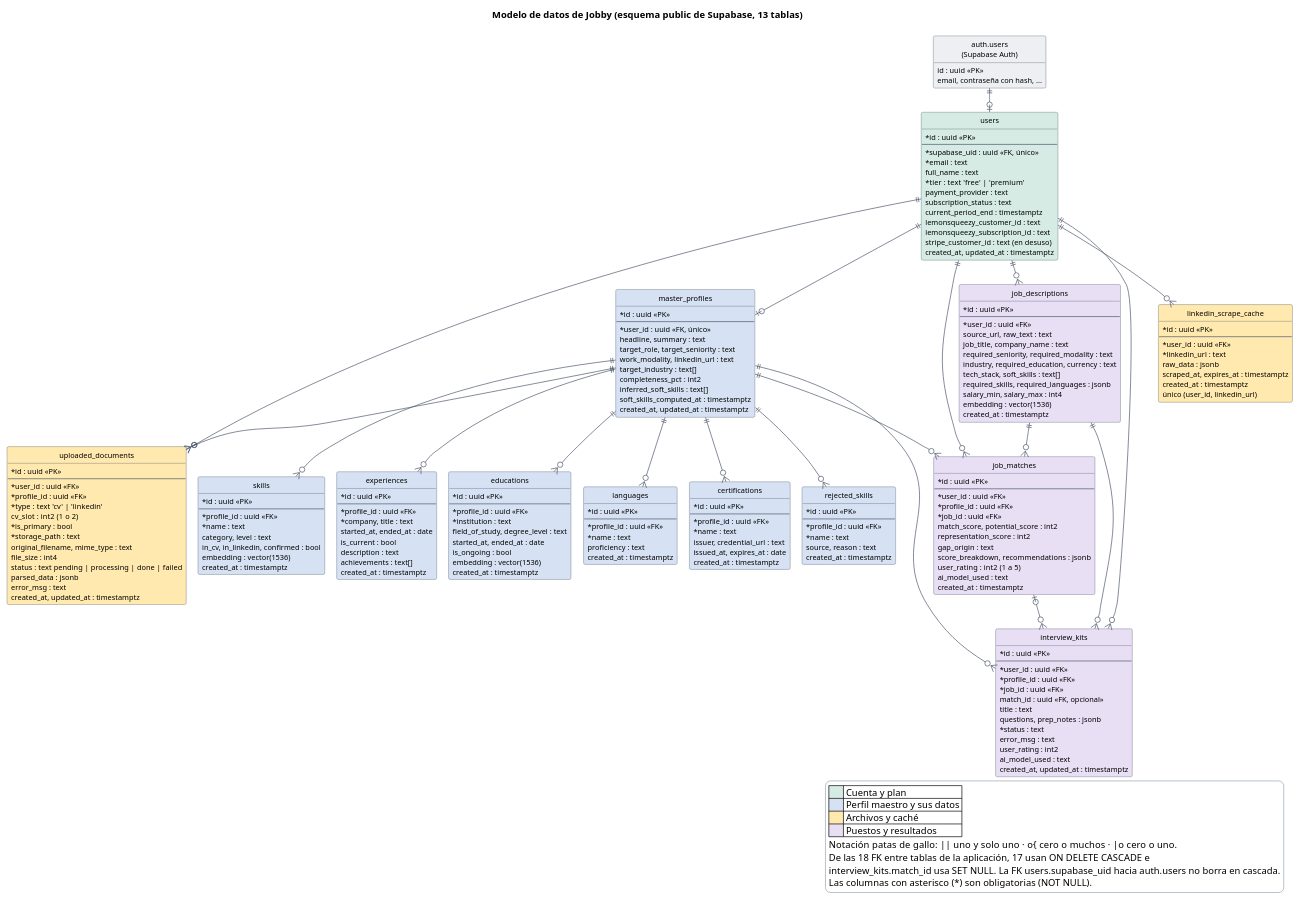
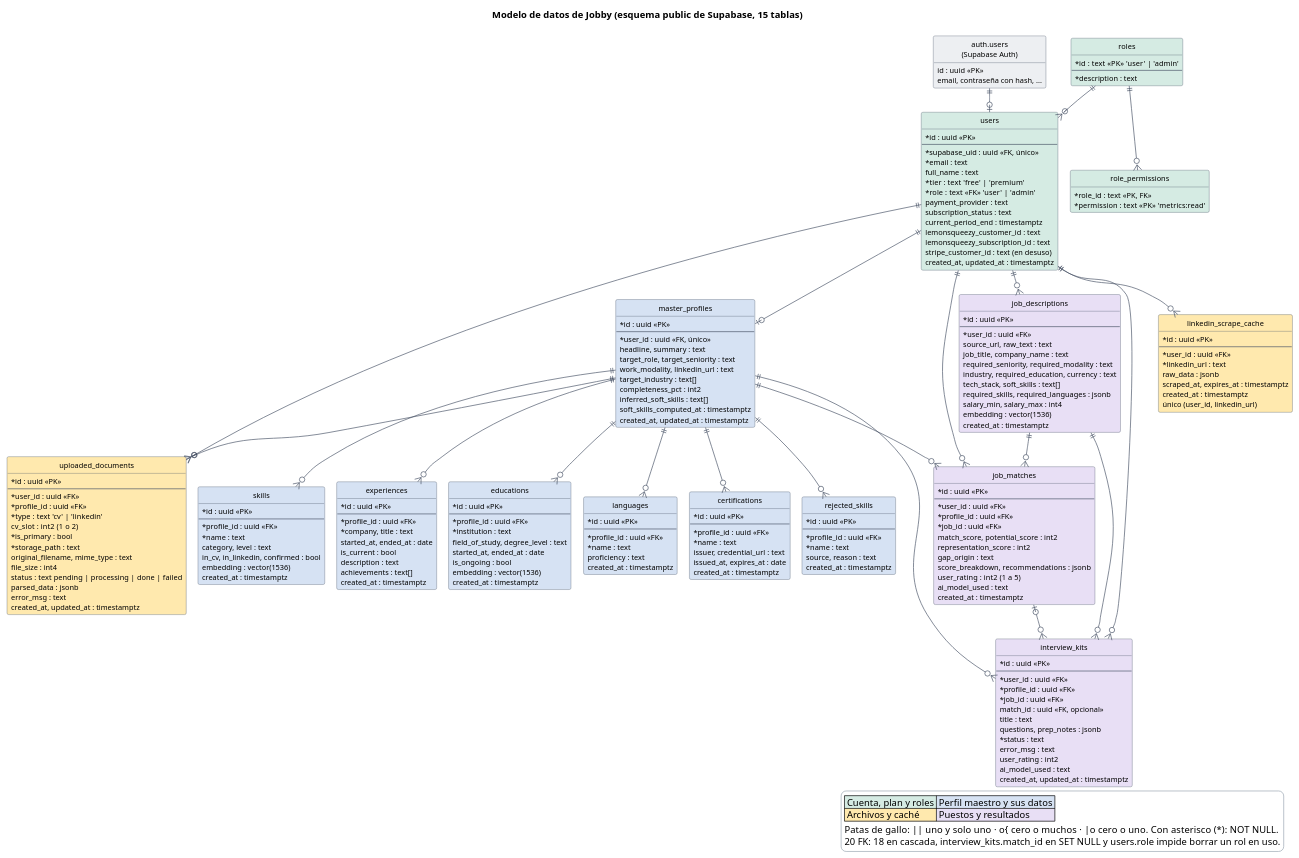
Before and after one commit to Buatishi/Jobby: the diagram in docs/diagramas/modelo-entidad-relacion.puml, drawn with PlantUML. The commit also changed 33 other files, not shown here.

First line of the commit message:
Document the admin role and the closed deploy pipeline

```diff
--- a/docs/diagramas/modelo-entidad-relacion.puml
+++ b/docs/diagramas/modelo-entidad-relacion.puml
@@ -1,6 +1,6 @@
 @startuml
-' Modelo entidad-relación de Jobby. Fuente: services/api/migrations/001 a 022, contrastado el 2026-09-21
-' con la base de Supabase (13 tablas del esquema public, RLS activo en todas). No se dibuja auth.users salvo como referencia.
+' Modelo entidad-relación de Jobby. Fuente: services/api/migrations/001 a 026, contrastado el 2026-09-23
+' con la base de Supabase (15 tablas del esquema public, RLS activo en todas). No se dibuja auth.users salvo como referencia.
 !pragma layout smetana
 hide circle
 hide methods
@@ -15,7 +15,7 @@
 skinparam legendBackgroundColor #FFFFFF
 skinparam legendBorderColor #9AA5B1
 
-title Modelo de datos de Jobby (esquema public de Supabase, 13 tablas)
+title Modelo de datos de Jobby (esquema public de Supabase, 15 tablas)
 
 entity "auth.users\n(Supabase Auth)" as authusers #EDEFF2 {
   id : uuid <<PK>>
@@ -29,6 +29,7 @@
   * email : text
   full_name : text
   * tier : text  'free' | 'premium'
+  * role : text <<FK>>  'user' | 'admin'
   payment_provider : text
   subscription_status : text
   current_period_end : timestamptz
@@ -36,6 +37,17 @@
   lemonsqueezy_subscription_id : text
   stripe_customer_id : text (en desuso)
   created_at, updated_at : timestamptz
+}
+
+entity roles #D5EBE3 {
+  * id : text <<PK>>  'user' | 'admin'
+  --
+  * description : text
+}
+
+entity role_permissions #D5EBE3 {
+  * role_id : text <<PK, FK>>
+  * permission : text <<PK>>  'metrics:read'
 }
 
 entity master_profiles #D6E2F3 {
@@ -190,6 +202,8 @@
 }
 
 authusers ||--o| users
+roles ||--o{ users
+roles ||--o{ role_permissions
 users ||--o| master_profiles
 users ||--o{ uploaded_documents
 master_profiles ||--o{ uploaded_documents
@@ -210,13 +224,9 @@
 users ||--o{ linkedin_scrape_cache
 
 legend right
-  |<#D5EBE3>      | Cuenta y plan |
-  |<#D6E2F3>      | Perfil maestro y sus datos |
-  |<#FFE9AE>      | Archivos y caché |
-  |<#E8DFF5>      | Puestos y resultados |
-  Notación patas de gallo: ||  uno y solo uno · o{  cero o muchos · |o  cero o uno.
-  De las 18 FK entre tablas de la aplicación, 17 usan ON DELETE CASCADE e
-  interview_kits.match_id usa SET NULL. La FK users.supabase_uid hacia auth.users no borra en cascada.
-  Las columnas con asterisco (*) son obligatorias (NOT NULL).
+  |<#D5EBE3> Cuenta, plan y roles |<#D6E2F3> Perfil maestro y sus datos |
+  |<#FFE9AE> Archivos y caché |<#E8DFF5> Puestos y resultados |
+  Patas de gallo: ||  uno y solo uno · o{  cero o muchos · |o  cero o uno. Con asterisco (*): NOT NULL.
+  20 FK: 18 en cascada, interview_kits.match_id en SET NULL y users.role impide borrar un rol en uso.
 endlegend
 @enduml
```
